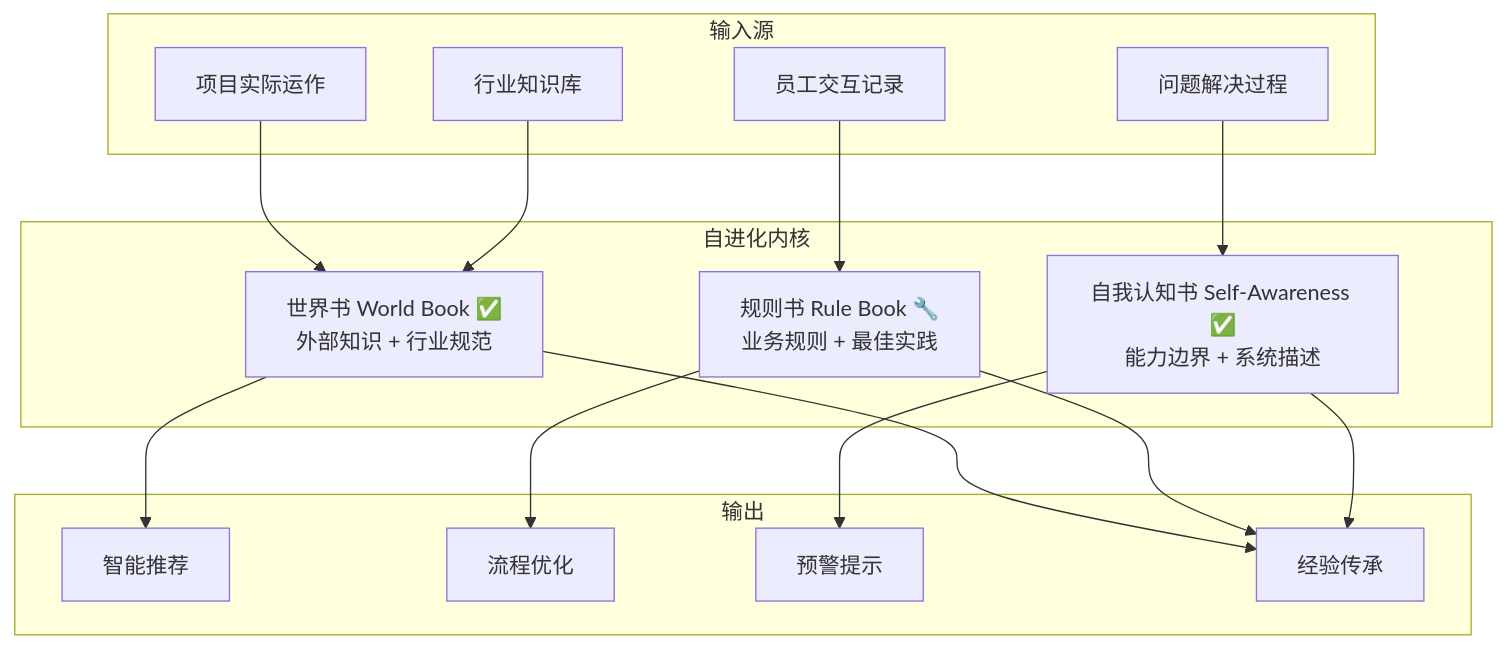
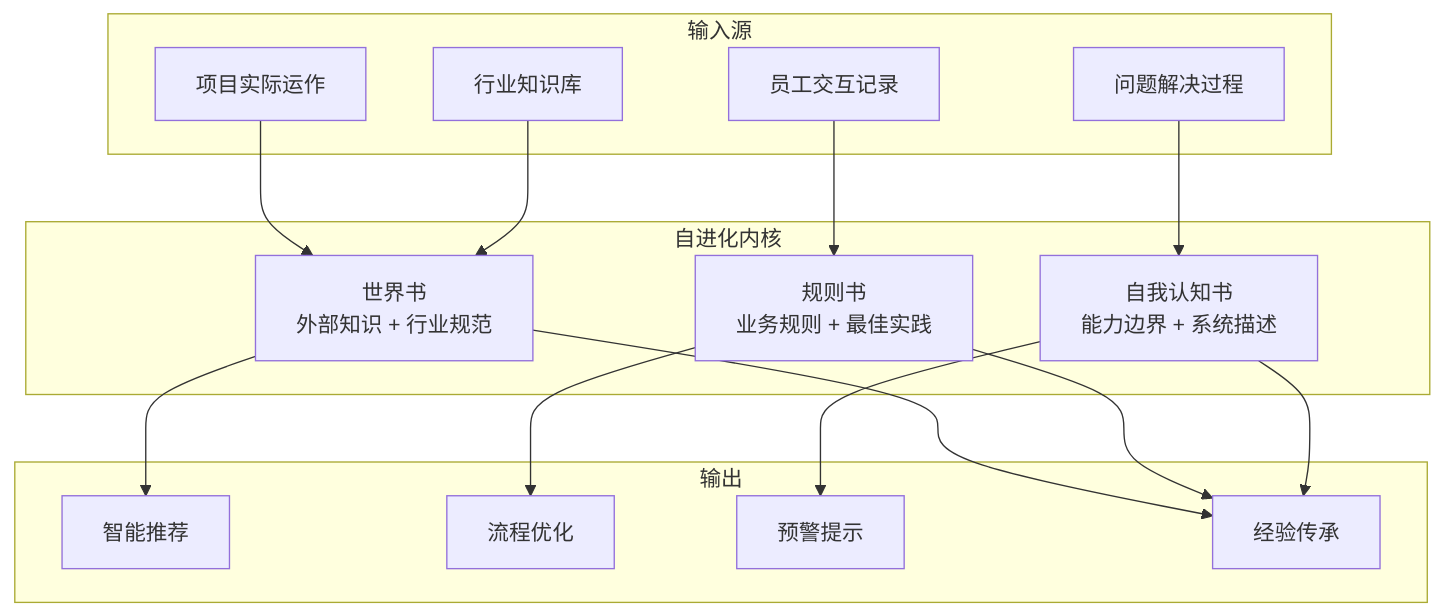
One commit to Ellyshome/Emily changed diagram 17 of 32 in 需求/Emily系统技术白皮书.md. Above: the diagram before and after it, drawn with Mermaid. The commit also changed other lines of this file and 1 other file, not shown here.

````diff
--- a/需求/Emily系统技术白皮书.md
+++ b/需求/Emily系统技术白皮书.md
@@ -959,32 +849,32 @@
 ```mermaid
 graph TB
     subgraph 自进化内核
-        WB[世界书 World Book ✅<br/>外部知识 + 行业规范]
-        RB[规则书 Rule Book 🔧<br/>业务规则 + 最佳实践]
-        SA[自我认知书 Self-Awareness ✅<br/>能力边界 + 系统描述]
+        WB[世界书<br/>外部知识 + 行业规范]
+        RB[规则书<br/>业务规则 + 最佳实践]
+        SA[自我认知书<br/>能力边界 + 系统描述]
     end
 
     subgraph 输入源
         A[项目实际运作]
         B[员工交互记录]
         C[问题解决过程]
         D[行业知识库]
     end
 
     subgraph 输出
         E[智能推荐]
         F[流程优化]
         G[预警提示]
         H[经验传承]
     end
 
     A --> WB
     B --> RB
     C --> SA
     D --> WB
 
     WB --> E
     RB --> F
     SA --> G
     WB & RB & SA --> H
 ```
````
